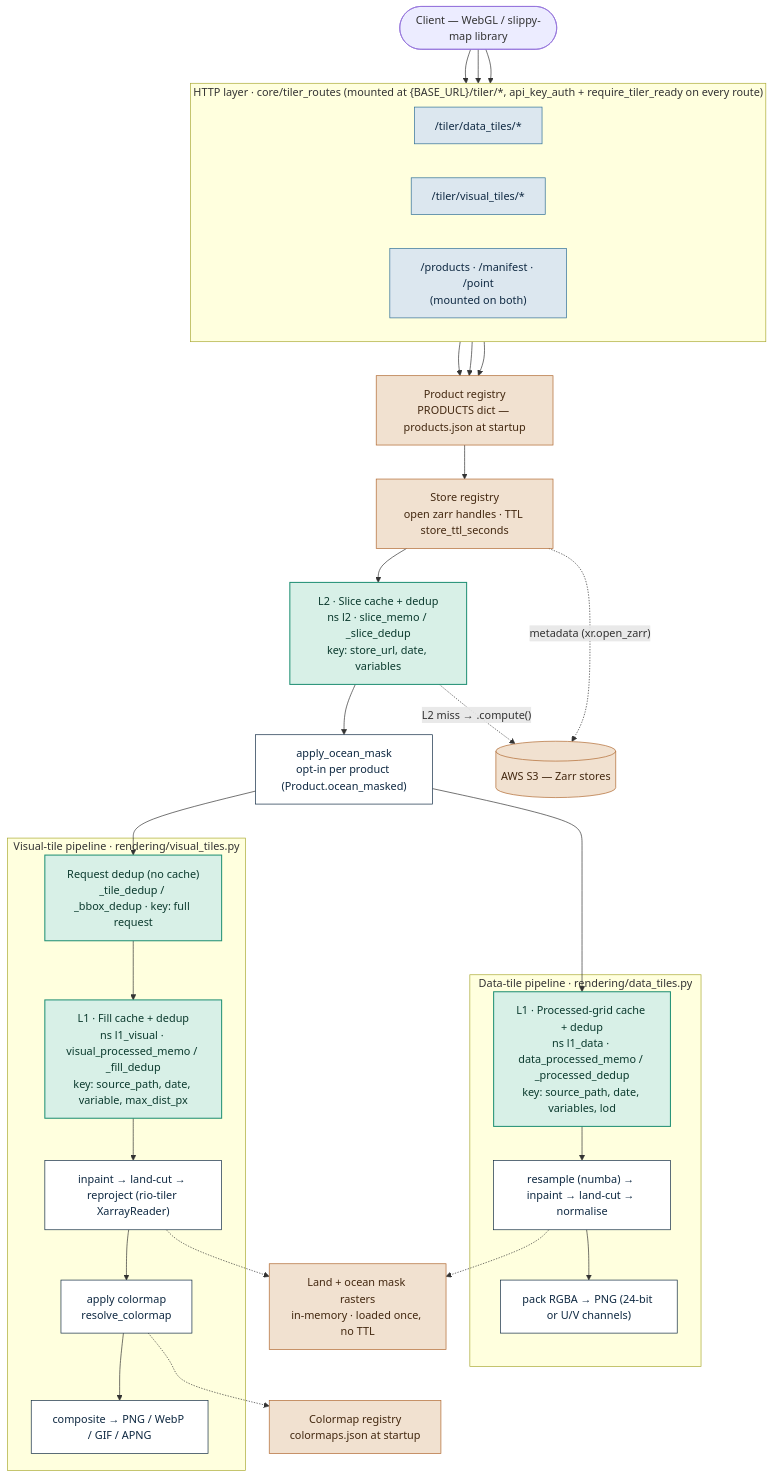
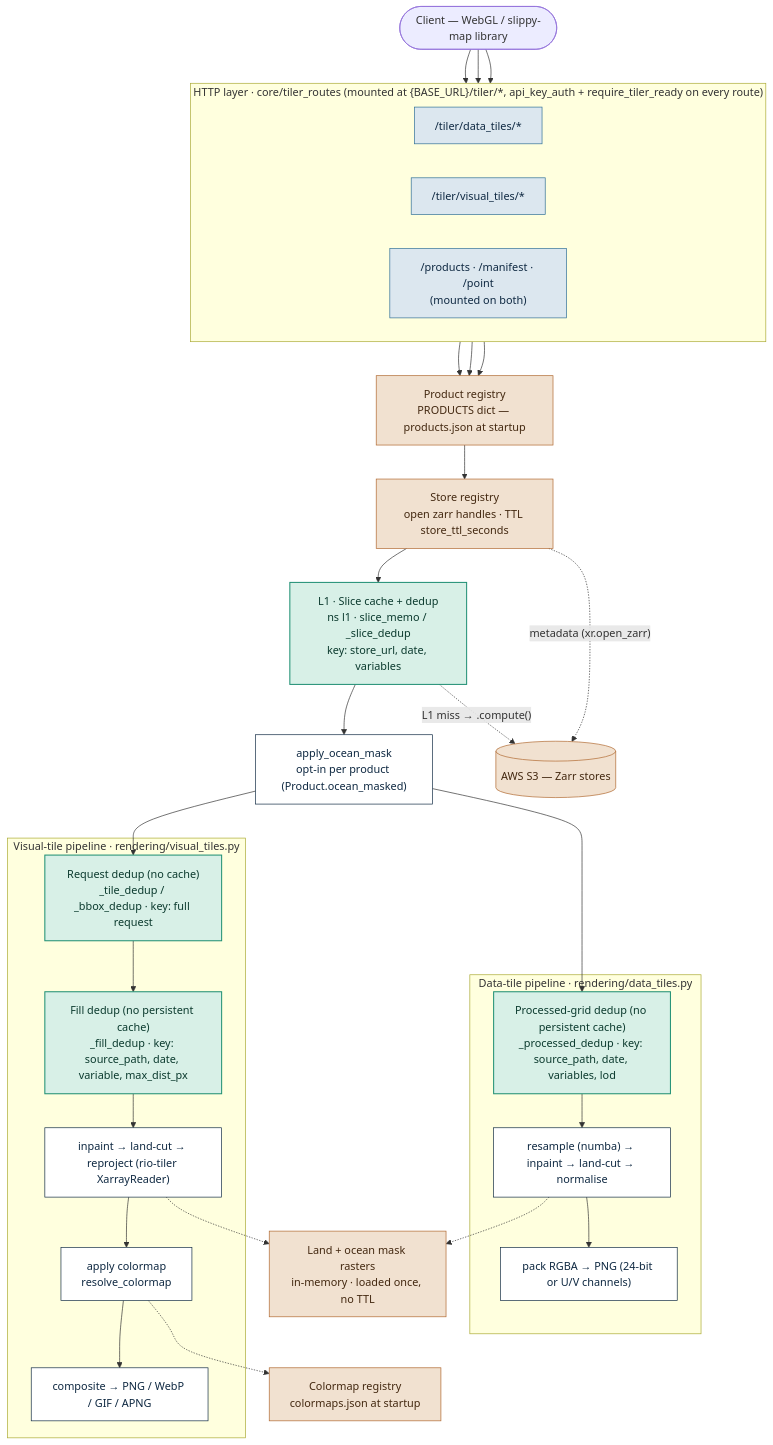
The diagram in data_access_service/tiler/technical.md (aodn/data-access-service), drawn with Mermaid before and after one commit. The commit also changed other lines of this file and 12 other files, not shown here.

Commit message:
remove processed_memo cache

````diff
--- a/data_access_service/tiler/technical.md
+++ b/data_access_service/tiler/technical.md
@@ -72,67 +72,67 @@
 ```mermaid
 flowchart TD
     client(["Client — WebGL / slippy-map library"])
 
     subgraph ROUTERS["HTTP layer  ·  core/tiler_routes  (mounted at {BASE_URL}/tiler/*, api_key_auth + require_tiler_ready on every route)"]
         direction LR
         dtRouter["/tiler/data_tiles/*"]
         vtRouter["/tiler/visual_tiles/*"]
         prodRouter["/products · /manifest · /point<br/>(mounted on both)"]
     end
 
     client --> dtRouter
     client --> vtRouter
     client --> prodRouter
 
     registry["Product registry<br/>PRODUCTS dict — products.json at startup"]
     dtRouter --> registry
     vtRouter --> registry
     prodRouter --> registry
 
     storeReg["Store registry<br/>open zarr handles · TTL store_ttl_seconds"]
     registry --> storeReg
 
-    sliceCache["L2 · Slice cache + dedup<br/>ns l2 · slice_memo / _slice_dedup<br/>key: store_url, date, variables"]
+    sliceCache["L1 · Slice cache + dedup<br/>ns l1 · slice_memo / _slice_dedup<br/>key: store_url, date, variables"]
     storeReg --> sliceCache
     oceanMask["apply_ocean_mask<br/>opt-in per product (Product.ocean_masked)"]
     sliceCache --> oceanMask
 
     subgraph DT["Data-tile pipeline  ·  rendering/data_tiles.py"]
-        dtCache["L1 · Processed-grid cache + dedup<br/>ns l1_data · data_processed_memo / _processed_dedup<br/>key: source_path, date, variables, lod"]
+        dtDedup["Processed-grid dedup (no persistent cache)<br/>_processed_dedup · key: source_path, date, variables, lod"]
         dtCompute["resample (numba) → inpaint → land-cut → normalise"]
         dtPng["pack RGBA → PNG (24-bit or U/V channels)"]
-        dtCache --> dtCompute --> dtPng
+        dtDedup --> dtCompute --> dtPng
     end
-    oceanMask --> dtCache
+    oceanMask --> dtDedup
 
     subgraph VT["Visual-tile pipeline  ·  rendering/visual_tiles.py"]
         vtReqDedup["Request dedup (no cache)<br/>_tile_dedup / _bbox_dedup · key: full request"]
-        vtFillCache["L1 · Fill cache + dedup<br/>ns l1_visual · visual_processed_memo / _fill_dedup<br/>key: source_path, date, variable, max_dist_px"]
+        vtFillDedup["Fill dedup (no persistent cache)<br/>_fill_dedup · key: source_path, date, variable, max_dist_px"]
         vtCompute["inpaint → land-cut → reproject (rio-tiler XarrayReader)"]
         vtColor["apply colormap<br/>resolve_colormap"]
         vtEncode["composite → PNG / WebP / GIF / APNG"]
-        vtReqDedup --> vtFillCache --> vtCompute --> vtColor --> vtEncode
+        vtReqDedup --> vtFillDedup --> vtCompute --> vtColor --> vtEncode
     end
     oceanMask --> vtReqDedup
 
     landMask["Land + ocean mask rasters<br/>in-memory · loaded once, no TTL"]
     dtCompute -.-> landMask
     vtCompute -.-> landMask
 
     colormapReg["Colormap registry<br/>colormaps.json at startup"]
     vtColor -.-> colormapReg
 
     s3[("AWS S3 — Zarr stores")]
     storeReg -. "metadata (xr.open_zarr)" .-> s3
-    sliceCache -. "L2 miss → .compute()" .-> s3
+    sliceCache -. "L1 miss → .compute()" .-> s3
 
     classDef router fill:#DCE7EF,stroke:#2E6E96,color:#0F2942,stroke-width:1px;
     classDef staticNode fill:#F1E1D0,stroke:#B0672E,color:#432810,stroke-width:1px;
     classDef cacheNode fill:#D8F0E7,stroke:#1F8F73,color:#0B3A2E,stroke-width:1.5px;
     classDef processNode fill:#FFFFFF,stroke:#0F2942,color:#0F2942,stroke-width:1px;
 
     class dtRouter,vtRouter,prodRouter router
     class registry,storeReg,landMask,colormapReg,s3 staticNode
-    class sliceCache,dtCache,vtFillCache,vtReqDedup cacheNode
+    class sliceCache,dtDedup,vtFillDedup,vtReqDedup cacheNode
     class oceanMask,dtCompute,dtPng,vtCompute,vtColor,vtEncode processNode
 ```
````
